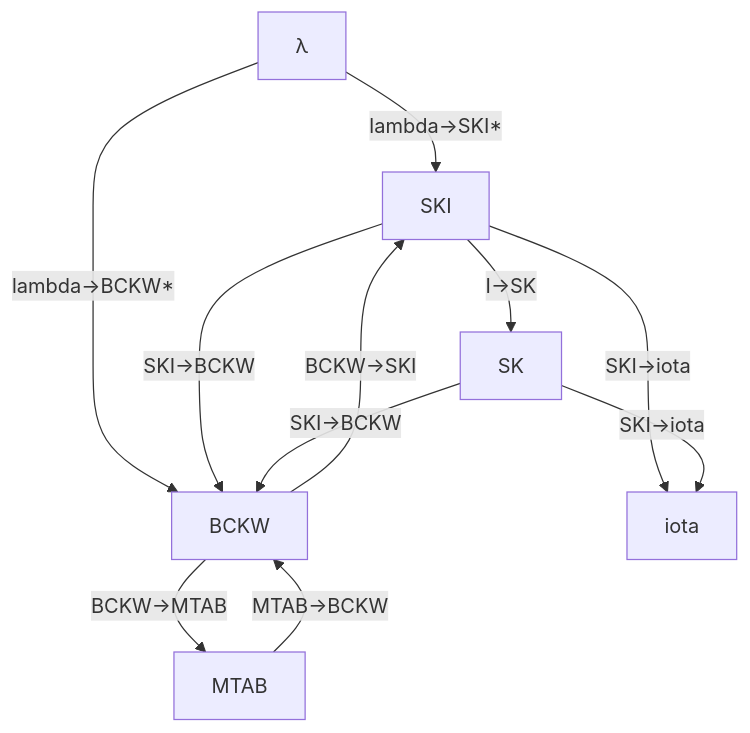
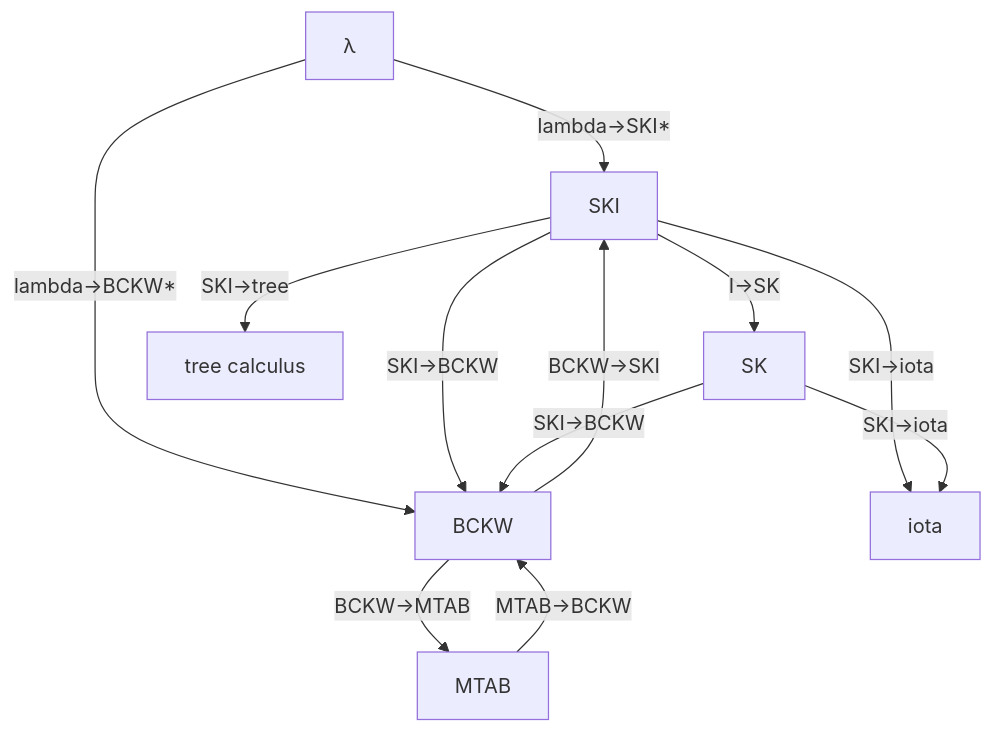
One commit to dokutan/combinator-playground changed the diagram in README.md. Above: the diagram before and after it, drawn with Mermaid. The commit also changed other lines of this file and 4 other files, not shown here.

Commit message:
Tree calculus

````diff
--- a/README.md
+++ b/README.md
@@ -88,13 +96,14 @@
 ```mermaid
 graph TD;
     lambda[λ]-->|lambda->SKI*|SKI;
     lambda[λ]-->|lambda->BCKW*|BCKW;
     SKI-->|I->SK|SK;
     SKI-->|SKI->BCKW|BCKW;
     SK-->|SKI->BCKW|BCKW;
     SKI-->|SKI->iota|iota;
     SK-->|SKI->iota|iota;
     BCKW-->|BCKW->SKI|SKI;
     MTAB-->|MTAB->BCKW|BCKW;
     BCKW-->|BCKW->MTAB|MTAB;
+    SKI-->|SKI->tree|tree[tree calculus];
 ```
````
